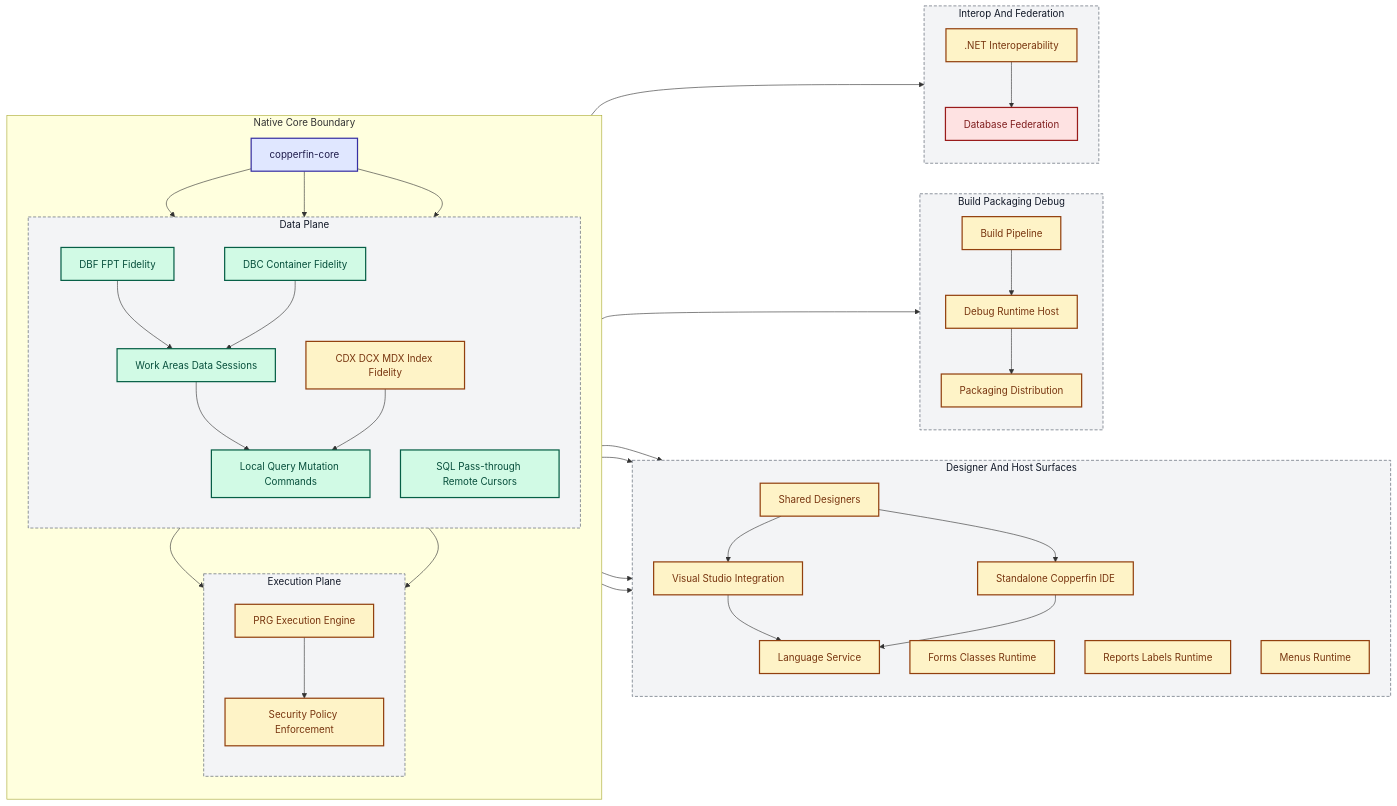
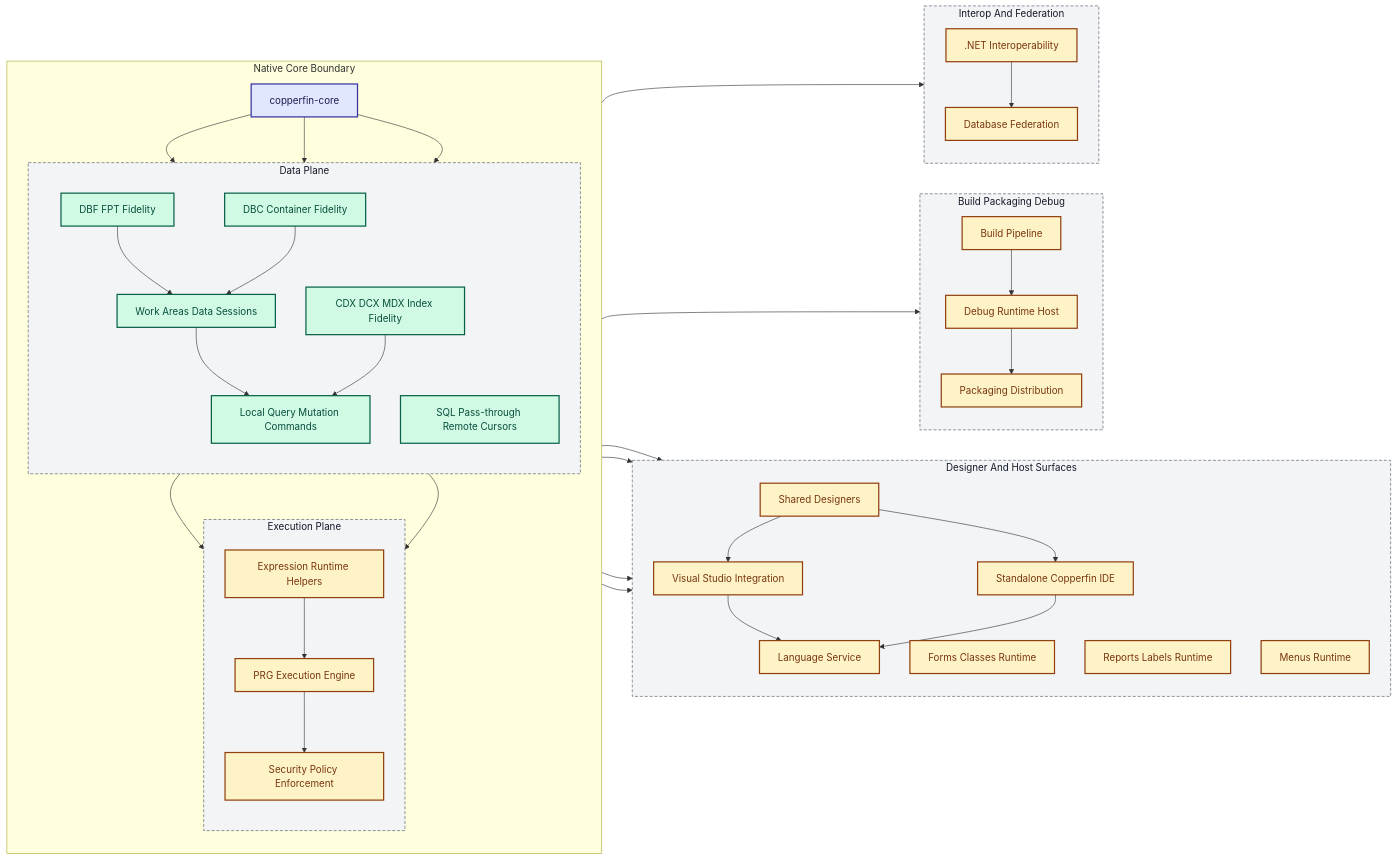
Before and after one commit to rhamenator/Project-Copperfin: the diagram in docs/02-architecture.md, drawn with Mermaid. The commit also changed other lines of this file and 2 other files, not shown here.

Commit message:
Refresh architecture and execution status docs

````diff
--- a/docs/02-architecture.md
+++ b/docs/02-architecture.md
@@ -27,6 +27,7 @@
         subgraph RuntimePlane[Execution Plane]
             direction TB
             PRG[PRG Execution Engine]
+            EXP[Expression Runtime Helpers]
             SEC[Security Policy Enforcement]
         end
     end
@@ -62,6 +63,7 @@
     IDX --> LQ
     DBC --> WS
     SQ --> PRG
+    EXP --> PRG
     PRG --> FORMS
     PRG --> RPT
     PRG --> MENU
@@ -79,15 +81,13 @@
 
     class CORE hub;
 
-    class DBF,DBC done;
+    class DBF,IDX,DBC done;
 
     class WS done;
 
     class LQ,SQ done;
 
-    class IDX,PRG,SEC,DES,FORMS,RPT,MENU,VS,IDE,LS,BLD,DBG,PKG,DOTNET partial;
-
-    class FED missing;
+    class PRG,EXP,SEC,DES,FORMS,RPT,MENU,VS,IDE,LS,BLD,DBG,PKG,DOTNET,FED partial;
 
     class DataPlane,RuntimePlane,UXHosts,Toolchain,Platform seam;
 ```
````
